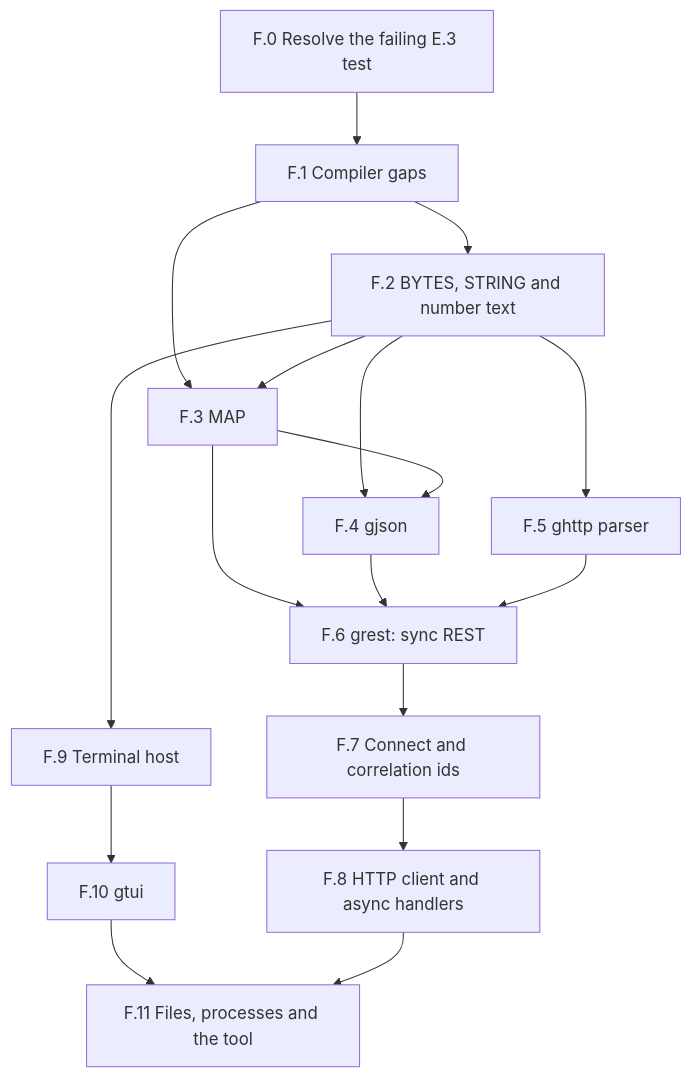
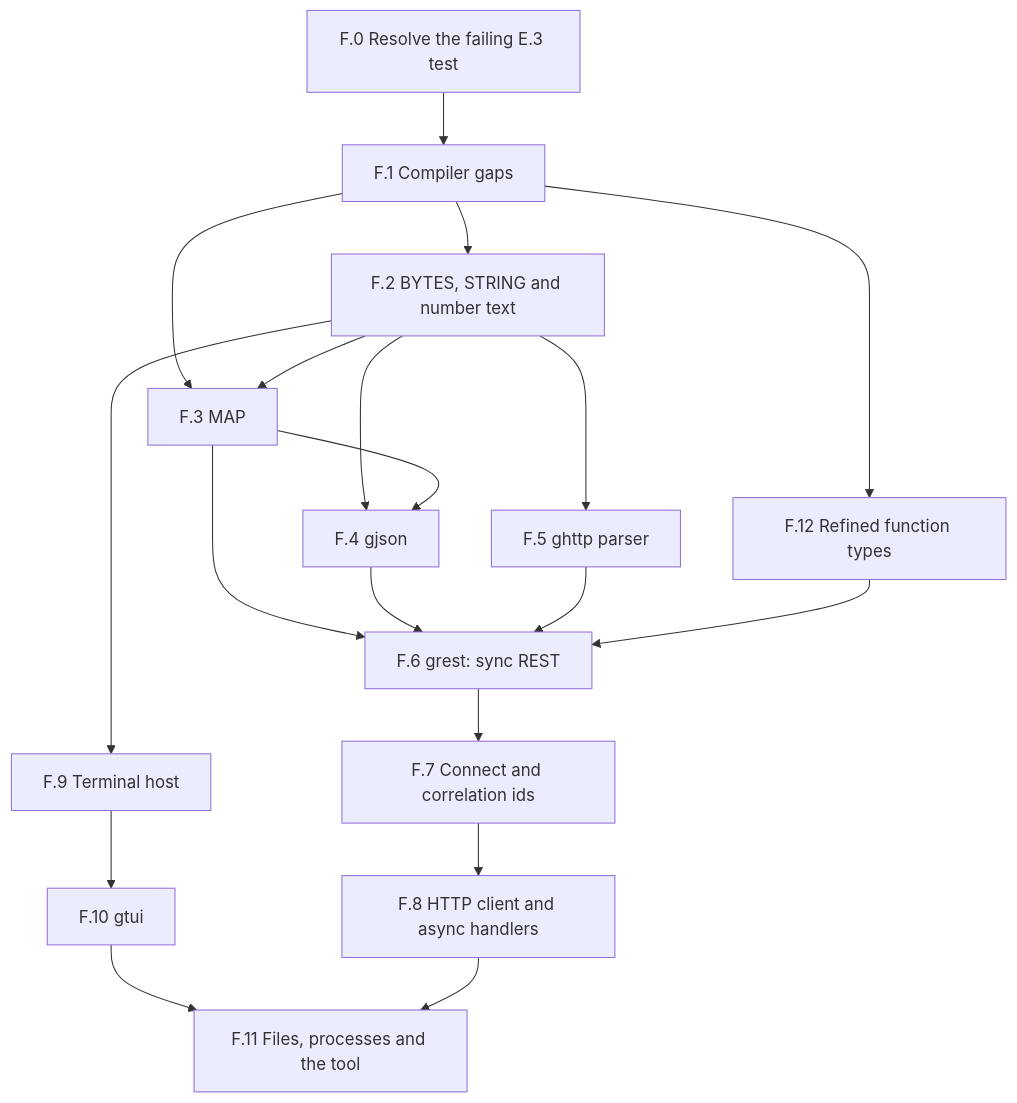
One commit to GardelPL/gardel changed the diagram in plan/libraries/verified_libraries.md. Above: the diagram before and after it, drawn with Mermaid. The commit also changed other lines of this file and 16 other files, not shown here.

````diff
--- a/plan/libraries/verified_libraries.md
+++ b/plan/libraries/verified_libraries.md
@@ -54,27 +54,28 @@
 ```mermaid
 flowchart TD
     F0["F.0 Resolve the failing E.3 test"]
     F1["F.1 Compiler gaps"]
     F2["F.2 BYTES, STRING and number text"]
     F3["F.3 MAP"]
     F4["F.4 gjson"]
     F5["F.5 ghttp parser"]
     F6["F.6 grest: sync REST"]
     F7["F.7 Connect and correlation ids"]
     F8["F.8 HTTP client and async handlers"]
     F9["F.9 Terminal host"]
     F10["F.10 gtui"]
     F11["F.11 Files, processes and the tool"]
     F0 --> F1 --> F2
     F1 --> F3
     F2 --> F3
     F2 --> F4
     F2 --> F5
     F3 --> F4
     F3 --> F6
     F4 --> F6
     F5 --> F6
+    F1 --> F12["F.12 Refined function types"] --> F6
     F6 --> F7 --> F8
     F2 --> F9 --> F10 --> F11
     F8 --> F11
 ```
````
